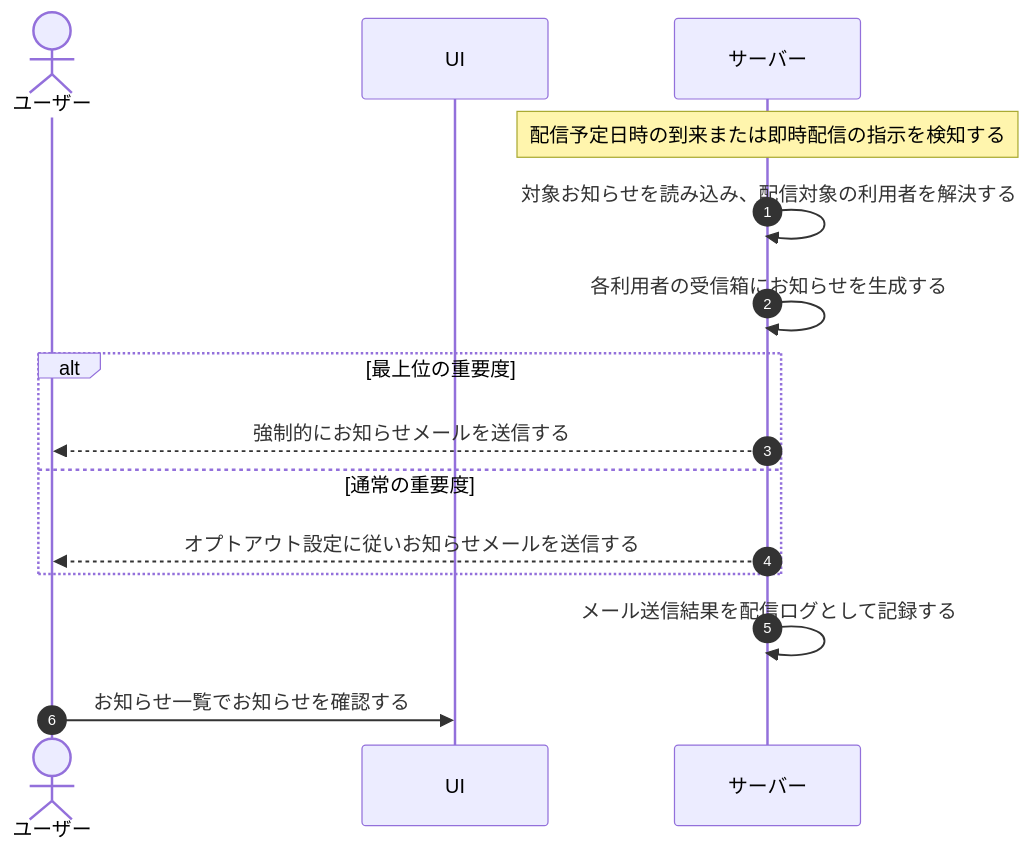
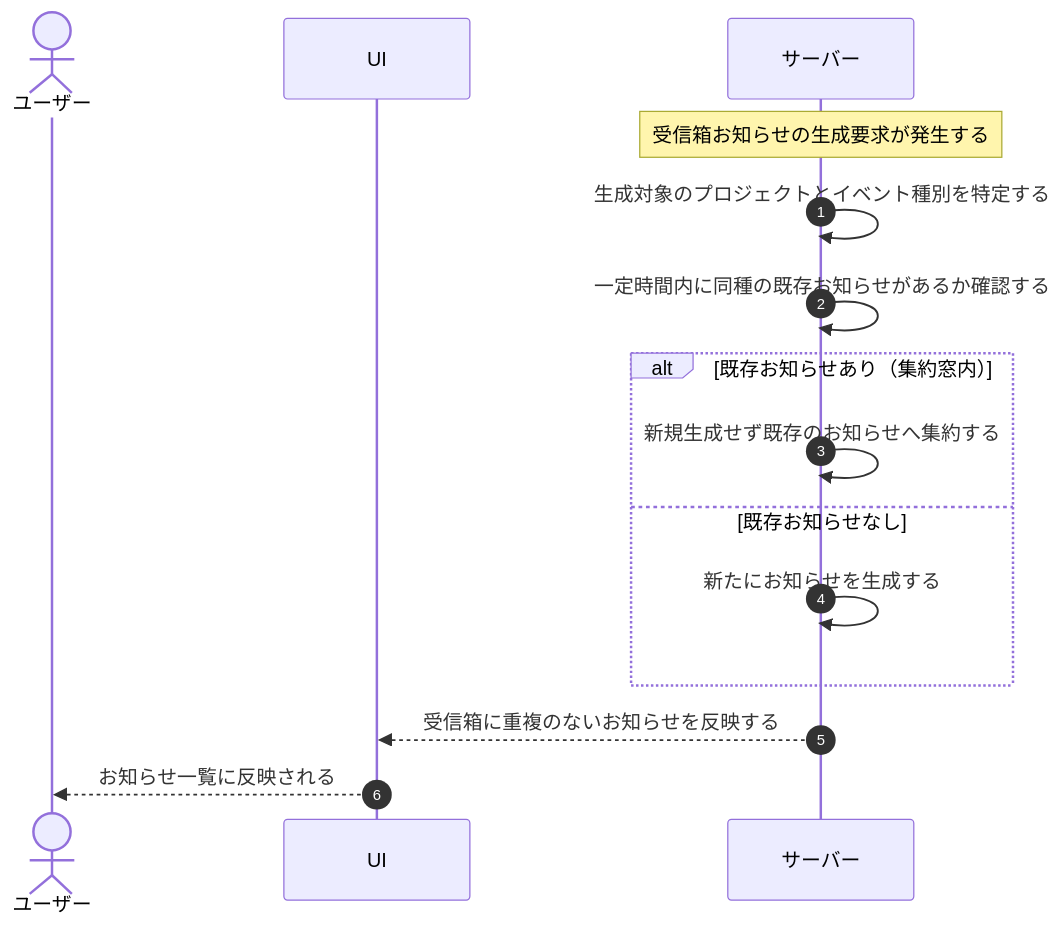
Before and after one commit to sikakou54/open-faq: the diagram in 01_requirements/04_business_usecases/UC-063.md, drawn with Mermaid. The commit also changed other lines of this file and 395 other files, not shown here.

````diff
--- a/01_requirements/04_business_usecases/UC-063.md
+++ b/01_requirements/04_business_usecases/UC-063.md
@@ -27,18 +27,18 @@
 ```mermaid
 sequenceDiagram
   autonumber
   actor U as ユーザー
   participant UI as UI
   participant S as サーバー
 
-  Note over S: 配信予定日時の到来または即時配信の指示を検知する
-  S->>S: 対象お知らせを読み込み、配信対象の利用者を解決する
-  S->>S: 各利用者の受信箱にお知らせを生成する
-  alt 最上位の重要度
-    S-->>U: 強制的にお知らせメールを送信する
-  else 通常の重要度
-    S-->>U: オプトアウト設定に従いお知らせメールを送信する
+  Note over S: 受信箱お知らせの生成要求が発生する
+  S->>S: 生成対象のプロジェクトとイベント種別を特定する
+  S->>S: 一定時間内に同種の既存お知らせがあるか確認する
+  alt 既存お知らせあり（集約窓内）
+    S->>S: 新規生成せず既存のお知らせへ集約する
+  else 既存お知らせなし
+    S->>S: 新たにお知らせを生成する
   end
-  S->>S: メール送信結果を配信ログとして記録する
-  U->>UI: お知らせ一覧でお知らせを確認する
+  S-->>UI: 受信箱に重複のないお知らせを反映する
+  UI-->>U: お知らせ一覧に反映される
 ```
````
